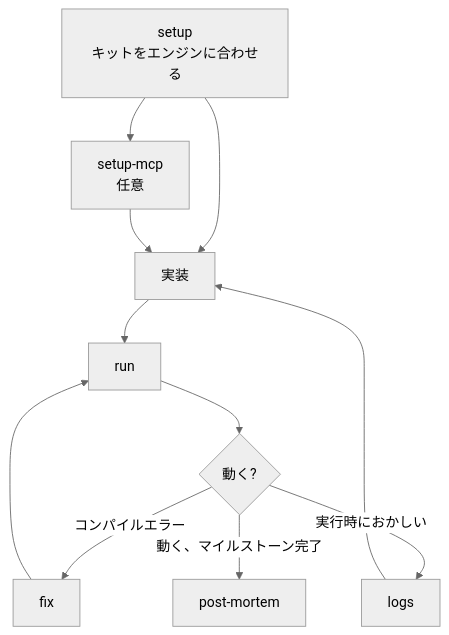
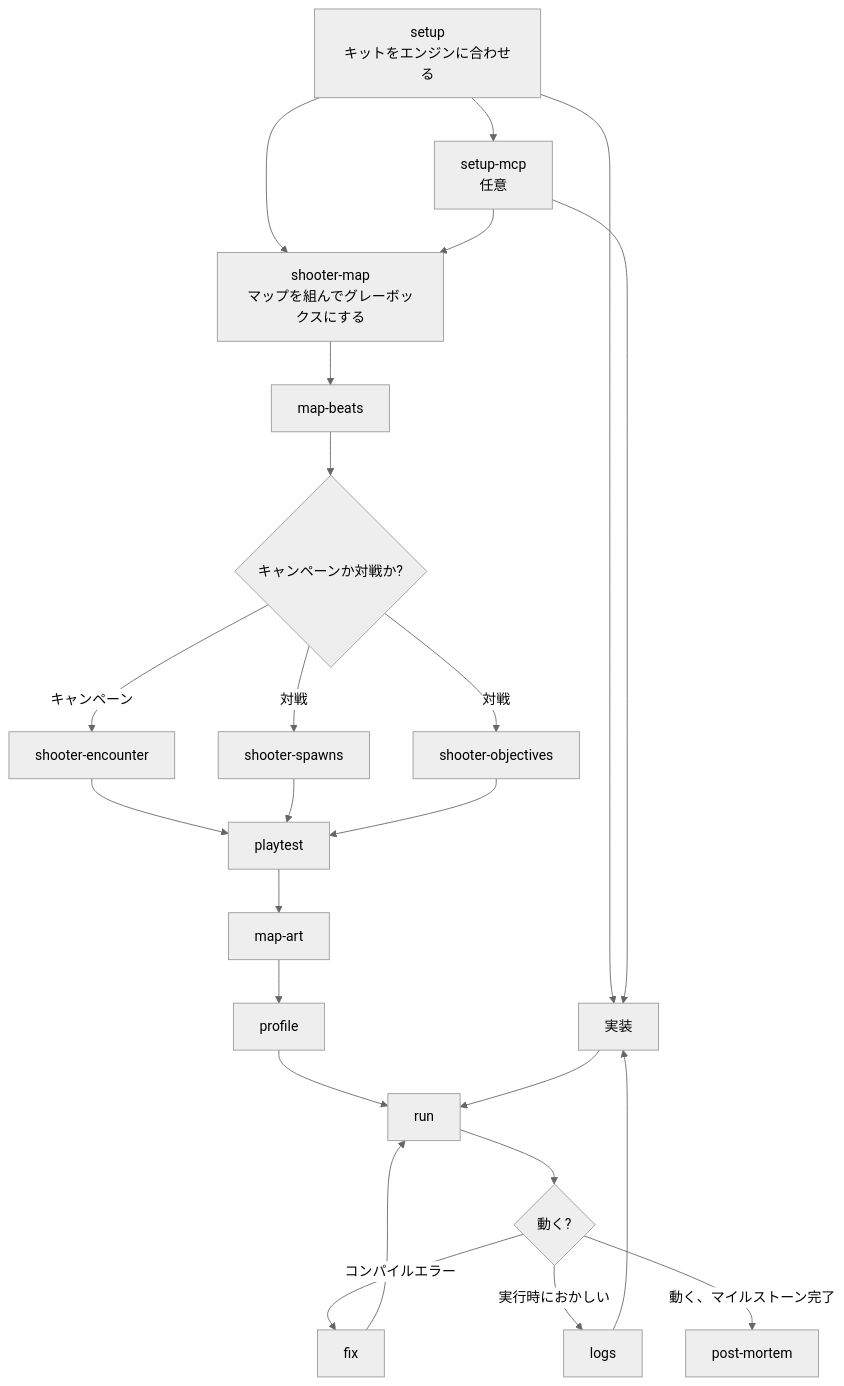
The diagram in domains/game/README.ja.md (omni-stove/skill-kit), drawn with Mermaid (neutral theme) before and after one commit. The commit also changed other lines of this file and 66 other files, not shown here.

````diff
--- a/domains/game/README.ja.md
+++ b/domains/game/README.ja.md
@@ -8,13 +8,26 @@
 ```mermaid
 flowchart TD
   setup[setup<br/>キットをエンジンに合わせる] --> mcp[setup-mcp<br/>任意]
   setup --> impl[実装]
   mcp --> impl
+  setup --> map[shooter-map<br/>マップを組んでグレーボックスにする]
+  mcp --> map
+  map --> beats[map-beats]
+  beats --> mode{キャンペーンか対戦か?}
+  mode -- "キャンペーン" --> enc[shooter-encounter]
+  mode -- "対戦" --> spawns[shooter-spawns]
+  mode -- "対戦" --> obj[shooter-objectives]
+  enc --> pt[playtest]
+  spawns --> pt
+  obj --> pt
+  pt --> art[map-art]
+  art --> prof[profile]
+  prof --> run
   impl --> run[run]
   run --> broken{動く?}
   broken -- "コンパイルエラー" --> fix[fix]
   broken -- "実行時におかしい" --> logs[logs]
   fix --> run
   logs --> impl
   broken -- "動く、マイルストーン完了" --> pm[post-mortem]
 ```
````
